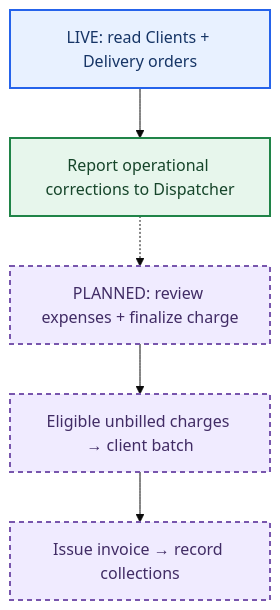
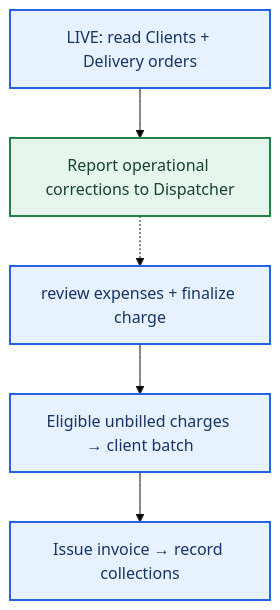
Before and after one commit to DanielVilla1/BM_Enterprises_Integration: the diagram in docs/runbooks/roles/accounting.md, drawn with Mermaid (base theme). The commit also changed other lines of this file and 104 other files, not shown here.

````diff
--- a/docs/runbooks/roles/accounting.md
+++ b/docs/runbooks/roles/accounting.md
@@ -9,12 +9,11 @@
 ```mermaid
 flowchart TB
     accTitle: Accounting: daily workflow
-    accDescr: Review permitted operational information; future billing stays separate from payroll.
+    accDescr: Review trip expenses and charges; bill eligible trips and record client collections separately from payroll.
     read["LIVE: read Clients + Delivery orders"]:::action --> report["Report operational corrections to Dispatcher"]:::done
-    report -.-> review["PLANNED: review expenses + finalize charge"]:::planned
-    review --> batch["Eligible unbilled charges → client batch"]:::planned
-    batch --> invoice["Issue invoice → record collections"]:::planned
+    report -.-> review["review expenses + finalize charge"]:::action
+    review --> batch["Eligible unbilled charges → client batch"]:::action
+    batch --> invoice["Issue invoice → record collections"]:::action
     classDef action fill:#e8f1ff,stroke:#2563eb,color:#163566,stroke-width:2px
     classDef done fill:#e7f6ec,stroke:#208448,color:#16452a,stroke-width:2px
-    classDef planned fill:#f0ebff,stroke:#7856ad,color:#412c65,stroke-width:2px,stroke-dasharray:5 4
 ```
````
